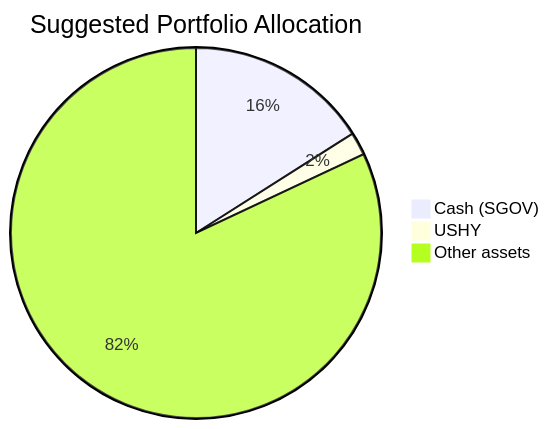
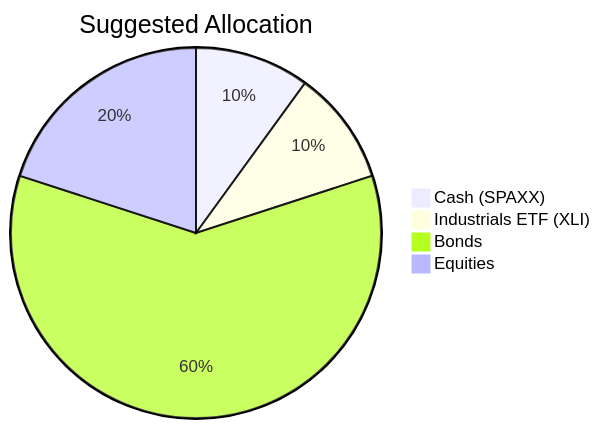
Before and after one commit to roger249/Bot-collaboration: diagram 16 of 20 in docs/sample outputs/product_investor_matching-deepseek-v4-flash.md, drawn with Mermaid. The commit also changed other lines of this file and 20 other files, not shown here.

````diff
--- a/docs/sample outputs/product_investor_matching-deepseek-v4-flash.md
+++ b/docs/sample outputs/product_investor_matching-deepseek-v4-flash.md
@@ -377,6 +327,7 @@
 ```mermaid
-pie title Suggested Portfolio Allocation
-    "Cash (SGOV)" : 16
-    "USHY" : 2
-    "Other assets" : 82
+pie title Suggested Allocation
+    "Cash (SPAXX)" : 10.0
+    "Industrials ETF (XLI)" : 10.0
+    "Bonds" : 60.0
+    "Equities" : 20.0
 ```
````
